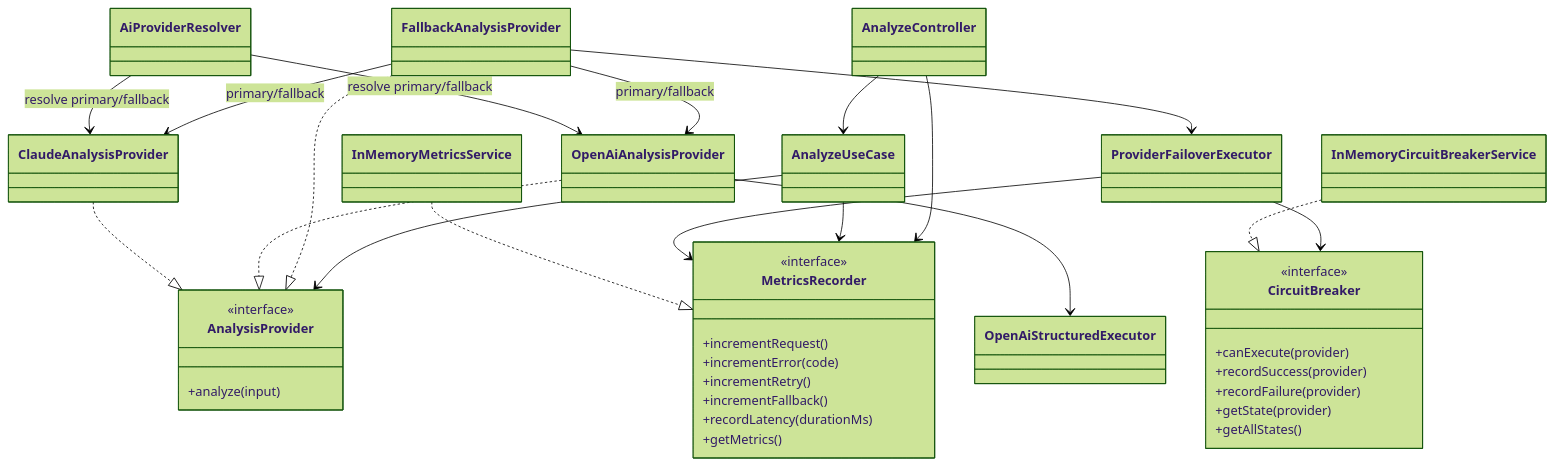
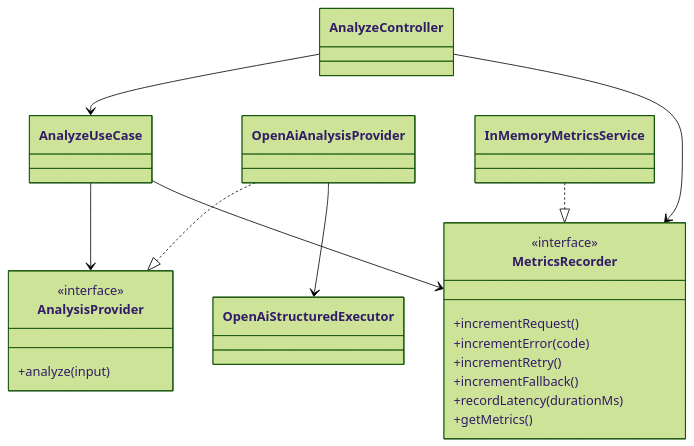
Before and after one commit to gustavoarielms/ai-orchestrator: the diagram in docs/diagrams/analyze-class-diagram.md, drawn with Mermaid (forest theme). The commit also changed 38 other files, not shown here.

First line of the commit message:
refactor(ai): remove Claude provider and simplify to single OpenAI runtime

````diff
--- a/docs/diagrams/analyze-class-diagram.md
+++ b/docs/diagrams/analyze-class-diagram.md
@@ -3,61 +3,36 @@
 ```mermaid
 classDiagram
     class AnalyzeController
     class AnalyzeUseCase
-    class AiProviderResolver
     class OpenAiStructuredExecutor
-    class ProviderFailoverExecutor
 
     class AnalysisProvider {
       <<interface>>
       +analyze(input)
     }
 
-    class FallbackAnalysisProvider
     class OpenAiAnalysisProvider
-    class ClaudeAnalysisProvider
 
     class MetricsRecorder {
       <<interface>>
       +incrementRequest()
       +incrementError(code)
       +incrementRetry()
       +incrementFallback()
       +recordLatency(durationMs)
       +getMetrics()
     }
 
     class InMemoryMetricsService
 
-    class CircuitBreaker {
-      <<interface>>
-      +canExecute(provider)
-      +recordSuccess(provider)
-      +recordFailure(provider)
-      +getState(provider)
-      +getAllStates()
-    }
-
-    class InMemoryCircuitBreakerService
-
     AnalyzeController --> AnalyzeUseCase
     AnalyzeController --> MetricsRecorder
     AnalyzeUseCase --> AnalysisProvider
     AnalyzeUseCase --> MetricsRecorder
 
-    FallbackAnalysisProvider ..|> AnalysisProvider
     OpenAiAnalysisProvider ..|> AnalysisProvider
-    ClaudeAnalysisProvider ..|> AnalysisProvider
 
-    FallbackAnalysisProvider --> OpenAiAnalysisProvider : primary/fallback
-    FallbackAnalysisProvider --> ClaudeAnalysisProvider : primary/fallback
-    FallbackAnalysisProvider --> ProviderFailoverExecutor
     OpenAiAnalysisProvider --> OpenAiStructuredExecutor
-    AiProviderResolver --> OpenAiAnalysisProvider : resolve primary/fallback
-    AiProviderResolver --> ClaudeAnalysisProvider : resolve primary/fallback
 
-    ProviderFailoverExecutor --> MetricsRecorder
-    ProviderFailoverExecutor --> CircuitBreaker
     InMemoryMetricsService ..|> MetricsRecorder
-    InMemoryCircuitBreakerService ..|> CircuitBreaker
 ```
````
